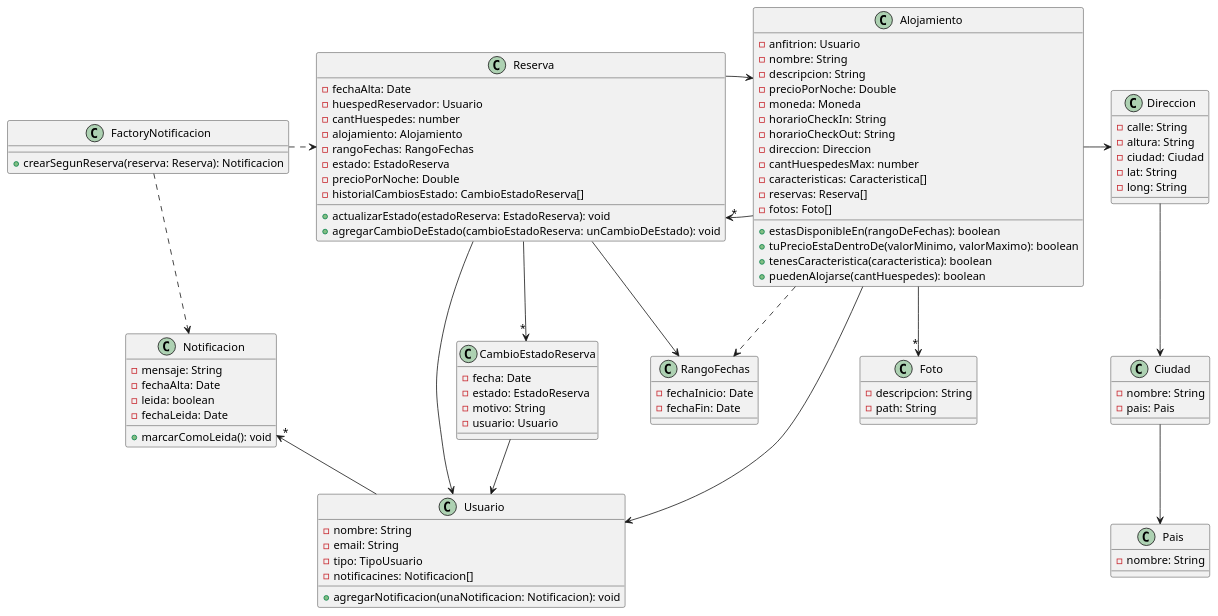
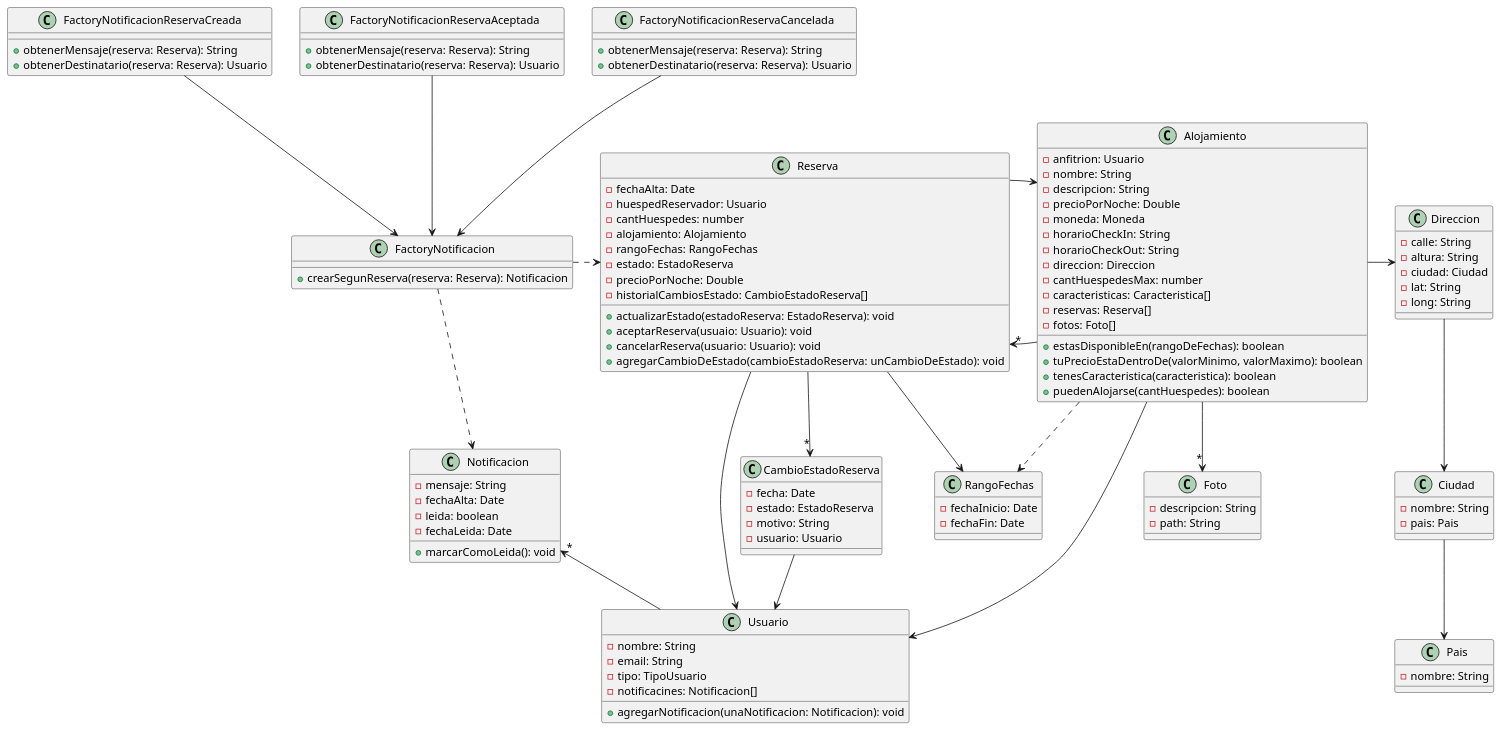
One commit to lrizzitano/TP-DdS-2025-1C-Birbnb changed the diagram in diagrama-clases.plantuml. Above: the diagram before and after it, drawn with PlantUML. The commit also changed 1 other file, not shown here.

Commit message:
actualizo diagrama

```diff
--- a/diagrama-clases.plantuml
+++ b/diagrama-clases.plantuml
@@ -1,114 +1,135 @@
 @startuml birbnb
 
 class Alojamiento {
   - anfitrion: Usuario
   - nombre: String
   - descripcion: String
   - precioPorNoche: Double
   - moneda: Moneda
   - horarioCheckIn: String
   - horarioCheckOut: String
   - direccion: Direccion
   - cantHuespedesMax: number
   - caracteristicas: Caracteristica[]
   - reservas: Reserva[]
   - fotos: Foto[]
 
   + estasDisponibleEn(rangoDeFechas): boolean
   + tuPrecioEstaDentroDe(valorMinimo, valorMaximo): boolean
   + tenesCaracteristica(caracteristica): boolean
   + puedenAlojarse(cantHuespedes): boolean
 }
 
 class Foto {
   - descripcion: String
   - path: String
 }
 
 class Direccion {
   - calle: String
   - altura: String
   - ciudad: Ciudad
   - lat: String
   - long: String
 }
 
 class Ciudad {
   - nombre: String
   - pais: Pais
 }
 
 class Pais {
   - nombre: String
 }
 
 class RangoFechas {
   - fechaInicio: Date
   - fechaFin: Date
 }
 
 class Reserva {
   - fechaAlta: Date
   - huespedReservador: Usuario
   - cantHuespedes: number
   - alojamiento: Alojamiento
   - rangoFechas: RangoFechas
   - estado: EstadoReserva
   - precioPorNoche: Double
   - historialCambiosEstado: CambioEstadoReserva[]
 
   + actualizarEstado(estadoReserva: EstadoReserva): void
+  + aceptarReserva(usuaio: Usuario): void
+  + cancelarReserva(usuario: Usuario): void
   + agregarCambioDeEstado(cambioEstadoReserva: unCambioDeEstado): void
 }
 
 class CambioEstadoReserva {
   - fecha: Date
   - estado: EstadoReserva
   - motivo: String
   - usuario: Usuario
 }
 
 class FactoryNotificacion {
   + crearSegunReserva(reserva: Reserva): Notificacion
+}
+
+class FactoryNotificacionReservaCreada {
+  + obtenerMensaje(reserva: Reserva): String
+  + obtenerDestinatario(reserva: Reserva): Usuario
+}
+
+class FactoryNotificacionReservaAceptada {
+  + obtenerMensaje(reserva: Reserva): String
+  + obtenerDestinatario(reserva: Reserva): Usuario
+}
+
+class FactoryNotificacionReservaCancelada {
+  + obtenerMensaje(reserva: Reserva): String
+  + obtenerDestinatario(reserva: Reserva): Usuario
 }
 
 class Notificacion {
   - mensaje: String
   - fechaAlta: Date
   - leida: boolean
   - fechaLeida: Date
 
   + marcarComoLeida(): void
 }
 
 class Usuario {
   - nombre: String
   - email: String
   - tipo: TipoUsuario
   - notificacines: Notificacion[]
 
   + agregarNotificacion(unaNotificacion: Notificacion): void
 }
 
 Alojamiento -> Direccion
 Alojamiento -->"*" Foto
 Alojamiento --> Usuario
 Alojamiento ..> RangoFechas
 Alojamiento -l->"*" Reserva
 
 Reserva -r-> Alojamiento
 Reserva -l-> RangoFechas
 Reserva --> Usuario
 Reserva -->"*" CambioEstadoReserva
 
 Direccion --> Ciudad
 Ciudad --> Pais
 
 CambioEstadoReserva --> Usuario
 
 Usuario -u->"*" Notificacion
 
 FactoryNotificacion .r.> Reserva
 FactoryNotificacion ..> Notificacion
 
+FactoryNotificacionReservaCreada --> FactoryNotificacion
+FactoryNotificacionReservaAceptada --> FactoryNotificacion
+FactoryNotificacionReservaCancelada --> FactoryNotificacion
+
 @enduml
```
